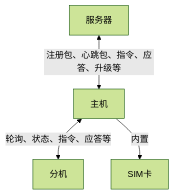
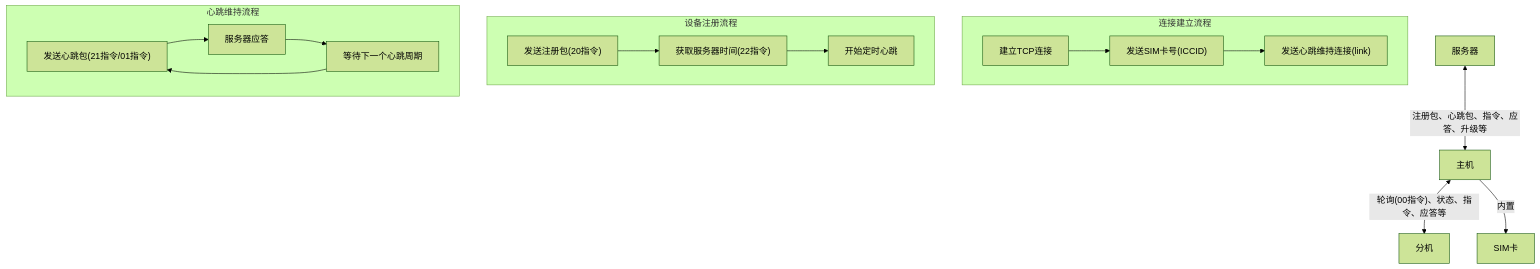
One commit to taoyao-code/iot-zinx changed the fourth of 17 diagrams in docs/iot_master_slave_architecture_all.md. Above: the diagram before and after it, drawn with Mermaid (forest theme). The commit also changed other lines of this file and 7 other files, not shown here.

````diff
--- a/docs/iot_master_slave_architecture_all.md
+++ b/docs/iot_master_slave_architecture_all.md
@@ -29,11 +95,37 @@
 ```mermaid
 flowchart TD
     S["服务器"]
     M["主机"]
     F["分机"]
     SIM["SIM卡"]
+    
+    subgraph 连接建立流程
+        C1["建立TCP连接"]
+        C2["发送SIM卡号(ICCID)"]
+        C3["发送心跳维持连接(link)"]
+        C1 --> C2
+        C2 --> C3
+    end
+    
+    subgraph 设备注册流程
+        R1["发送注册包(20指令)"]
+        R2["获取服务器时间(22指令)"]
+        R3["开始定时心跳"]
+        R1 --> R2
+        R2 --> R3
+    end
+    
+    subgraph 心跳维持流程
+        H1["发送心跳包(21指令/01指令)"]
+        H2["服务器应答"]
+        H3["等待下一个心跳周期"]
+        H1 --> H2
+        H2 --> H3
+        H3 --> H1
+    end
+    
     S <--> |"注册包、心跳包、指令、应答、升级等"| M
-    M <--> |"轮询、状态、指令、应答等"| F
+    M <--> |"轮询(00指令)、状态、指令、应答等"| F
     M -- "内置" --> SIM
     %% 说明：主机与服务器之间通过SIM卡进行TCP通信，主机与分机之间通过串口通信
 ```
````
